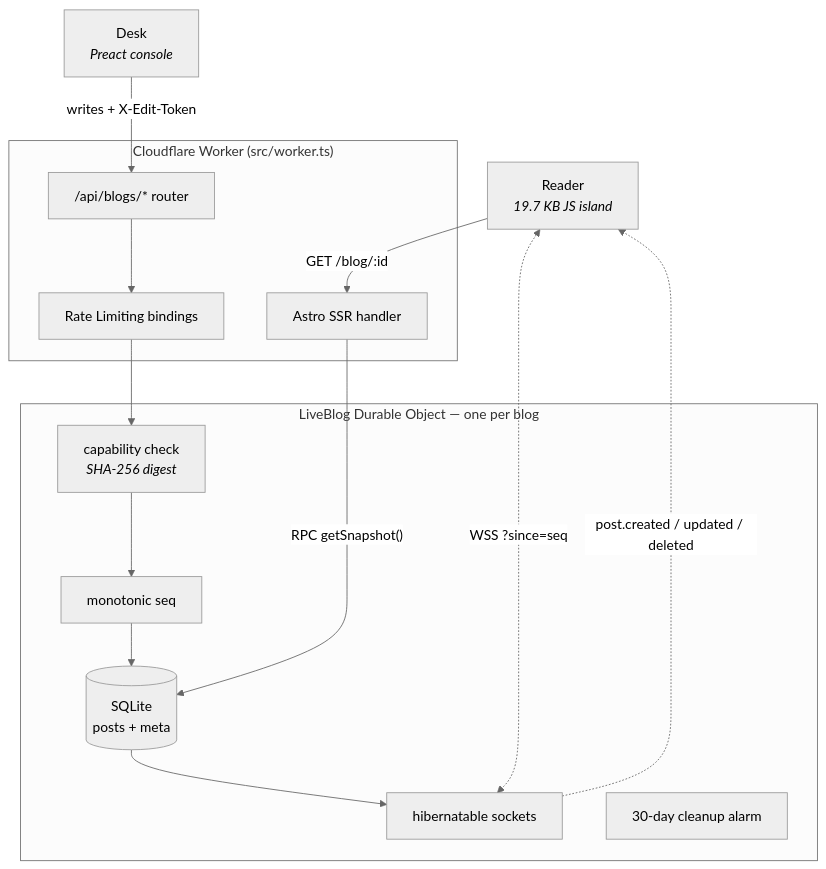
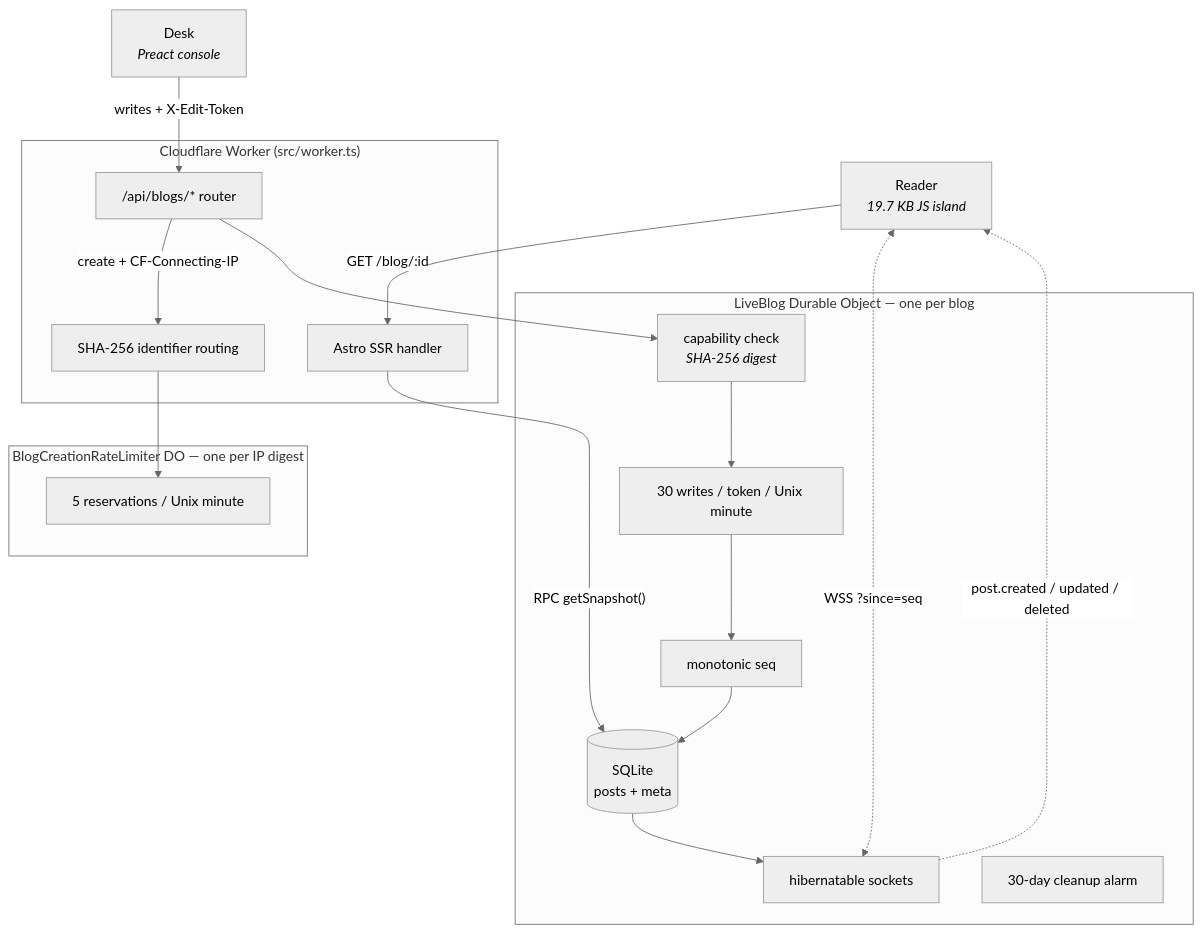
Before and after one commit to Gryczka/cloudflare-live-blog: the diagram in README.md, drawn with Mermaid (neutral theme). The commit also changed other lines of this file and 17 other files, not shown here.

````diff
--- a/README.md
+++ b/README.md
@@ -60,27 +76,33 @@
 ```mermaid
 flowchart TB
     Reader["Reader<br/><i>19.7 KB JS island</i>"]
     Author["Desk<br/><i>Preact console</i>"]
 
     subgraph Worker["Cloudflare Worker (src/worker.ts)"]
         Route["/api/blogs/* router"]
         Astro["Astro SSR handler"]
-        RL["Rate Limiting bindings"]
+        Hash["SHA-256 identifier routing"]
+    end
+
+    subgraph CreateDO["BlogCreationRateLimiter DO — one per IP digest"]
+        CreateRL["5 reservations / Unix minute"]
     end
 
     subgraph DO["LiveBlog Durable Object — one per blog"]
         Auth["capability check<br/><i>SHA-256 digest</i>"]
+        WriteRL["30 writes / token / Unix minute"]
         Seq["monotonic seq"]
         SQL[("SQLite<br/>posts + meta")]
         WS["hibernatable sockets"]
         Alarm["30-day cleanup alarm"]
     end
 
     Reader -- "GET /blog/:id" --> Astro
     Astro -- "RPC getSnapshot()" --> SQL
     Reader <-. "WSS ?since=seq" .-> WS
     Author -- "writes + X-Edit-Token" --> Route
-    Route --> RL --> Auth --> Seq --> SQL
+    Route -- "create + CF-Connecting-IP" --> Hash --> CreateRL
+    Route --> Auth --> WriteRL --> Seq --> SQL
     SQL --> WS
     WS -. "post.created / updated / deleted" .-> Reader
 ```
````
